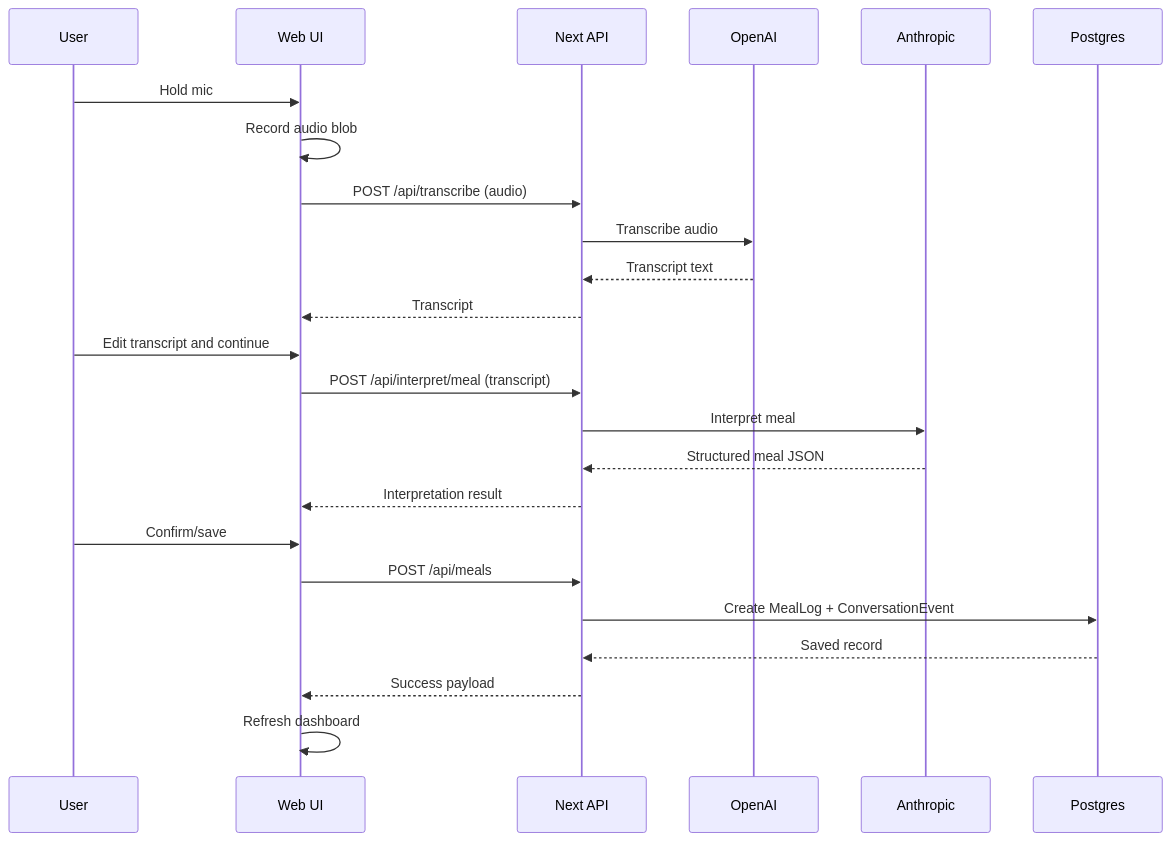
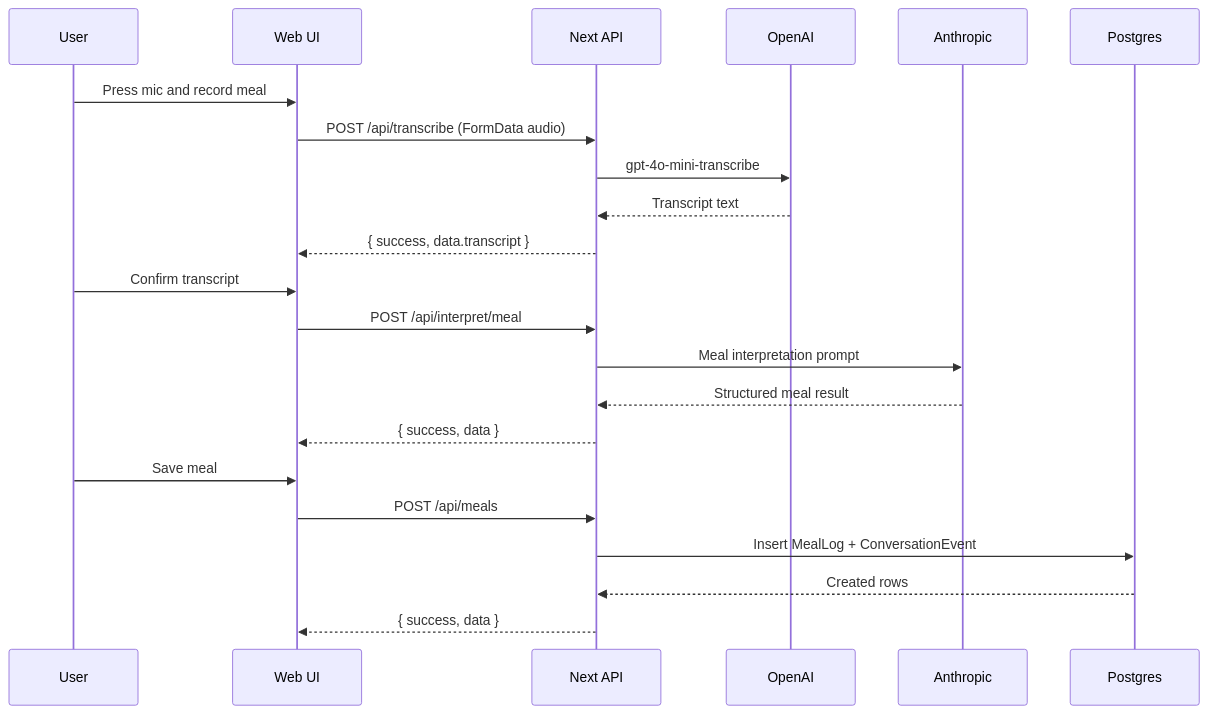
One commit to samarthum/voicefit changed the second of 4 diagrams in spec-mobile.md. Above: the diagram before and after it, drawn with Mermaid. The commit also changed other lines of this file and 33 other files, not shown here.

````diff
--- a/spec-mobile.md
+++ b/spec-mobile.md
@@ -58,29 +160,27 @@
 ```mermaid
 sequenceDiagram
-  participant U as User
-  participant W as Web UI
-  participant A as Next API
-  participant O as OpenAI
-  participant L as Anthropic
-  participant D as Postgres
+  participant User as User
+  participant UI as Web UI
+  participant API as Next API
+  participant OpenAI as OpenAI
+  participant Anthropic as Anthropic
+  participant DB as Postgres
 
-  U->>W: Hold mic
-  W->>W: Record audio blob
-  W->>A: POST /api/transcribe (audio)
-  A->>O: Transcribe audio
-  O-->>A: Transcript text
-  A-->>W: Transcript
+  User->>UI: Press mic and record meal
+  UI->>API: POST /api/transcribe (FormData audio)
+  API->>OpenAI: gpt-4o-mini-transcribe
+  OpenAI-->>API: Transcript text
+  API-->>UI: { success, data.transcript }
 
-  U->>W: Edit transcript and continue
-  W->>A: POST /api/interpret/meal (transcript)
-  A->>L: Interpret meal
-  L-->>A: Structured meal JSON
-  A-->>W: Interpretation result
+  User->>UI: Confirm transcript
+  UI->>API: POST /api/interpret/meal
+  API->>Anthropic: Meal interpretation prompt
+  Anthropic-->>API: Structured meal result
+  API-->>UI: { success, data }
 
-  U->>W: Confirm/save
-  W->>A: POST /api/meals
-  A->>D: Create MealLog + ConversationEvent
-  D-->>A: Saved record
-  A-->>W: Success payload
-  W->>W: Refresh dashboard
+  User->>UI: Save meal
+  UI->>API: POST /api/meals
+  API->>DB: Insert MealLog + ConversationEvent
+  DB-->>API: Created rows
+  API-->>UI: { success, data }
 ```
````
